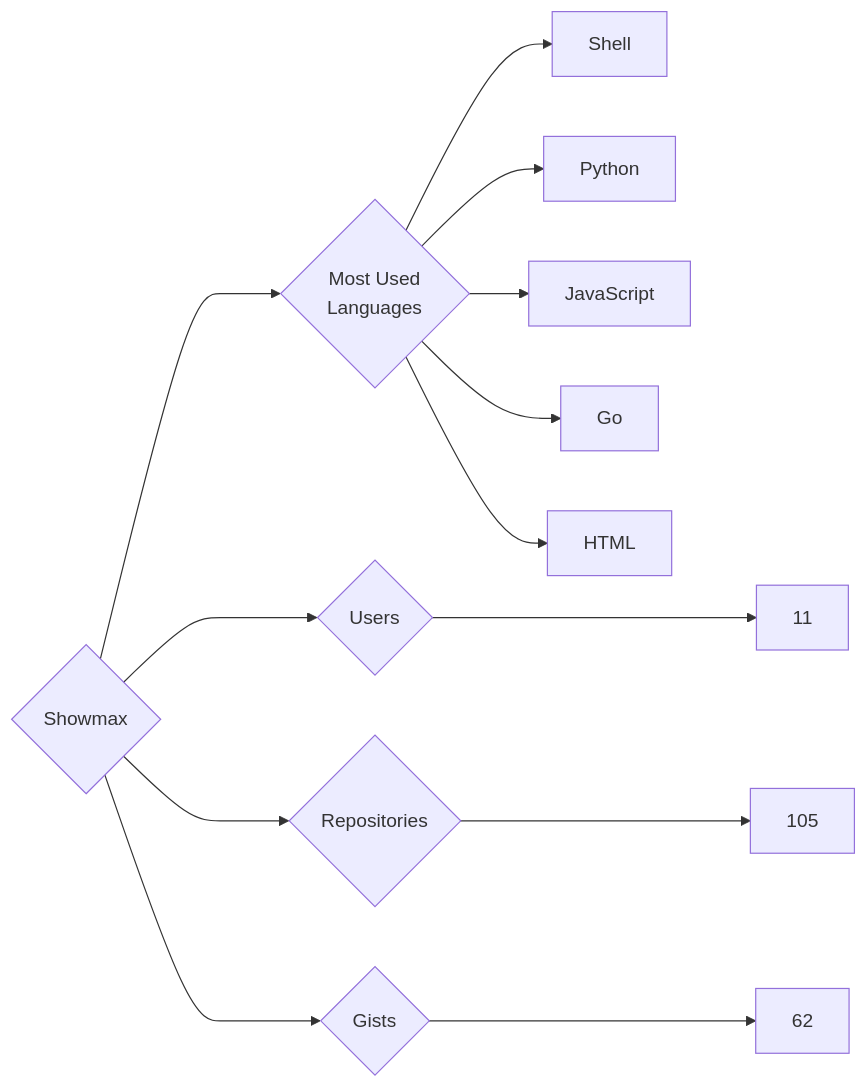
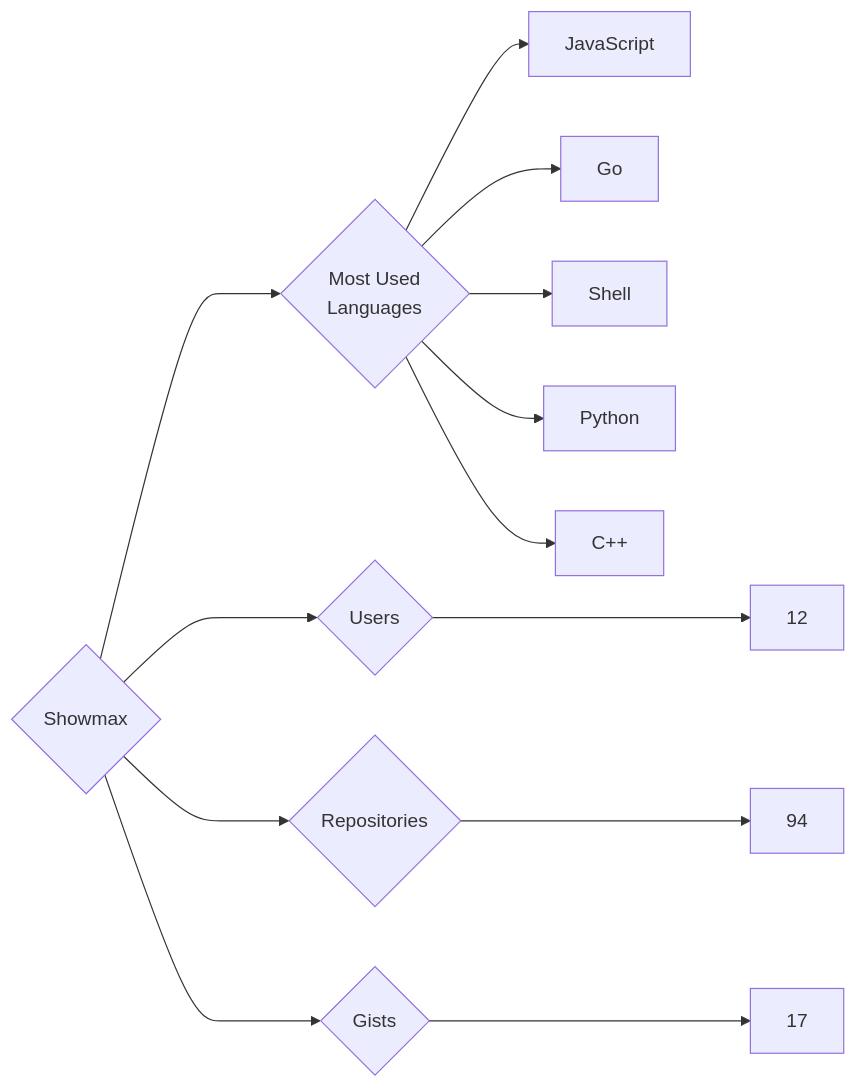
The diagram in targets/Showmax/README.md (trickest/insiders), drawn with Mermaid before and after one commit. The commit also changed 912 other files, not shown here.

````diff
--- a/targets/Showmax/README.md
+++ b/targets/Showmax/README.md
@@ -3,13 +3,13 @@
 ```mermaid
 graph LR
 COMPANY_NAME{Showmax}
-COMPANY_NAME ---> U{Users} ---> UN[11]
-COMPANY_NAME ---> R{Repositories} ---> RN[105]
-COMPANY_NAME ---> G{Gists} ---> GN[62]
+COMPANY_NAME ---> U{Users} ---> UN[12]
+COMPANY_NAME ---> R{Repositories} ---> RN[94]
+COMPANY_NAME ---> G{Gists} ---> GN[17]
 COMPANY_NAME ---> ML{Most Used<br>Languages}
+ML --> JavaScript[JavaScript]
+ML --> Go[Go]
 ML --> Shell[Shell]
 ML --> Python[Python]
-ML --> JavaScript[JavaScript]
-ML --> Go[Go]
-ML --> HTML[HTML]
+ML --> C++[C++]
 ```
````
